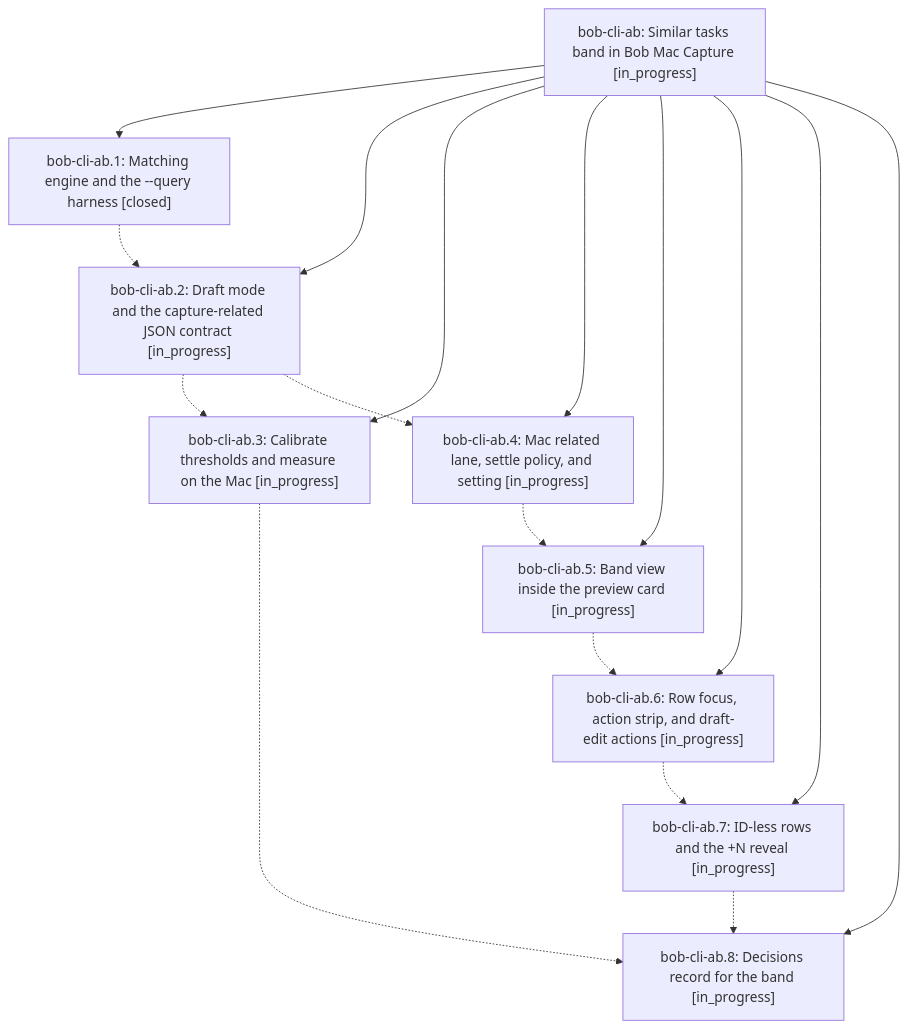
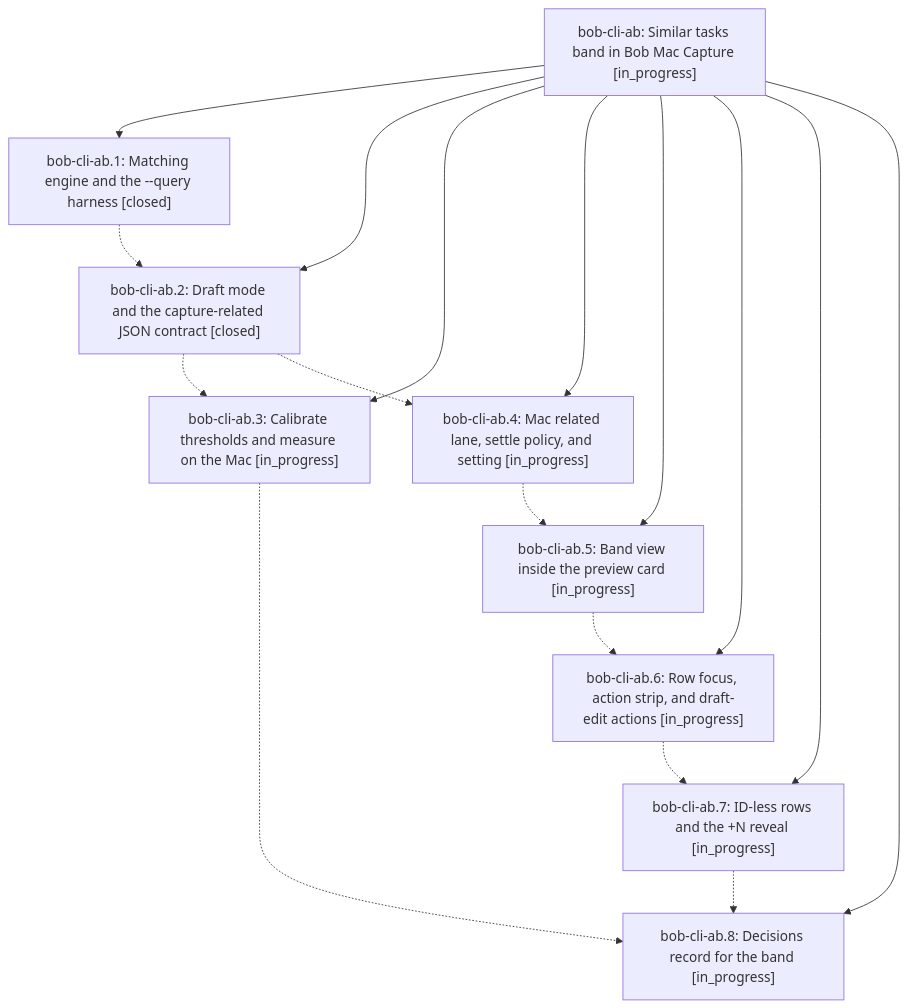
Before and after one commit to bobs-org/bob-cli--beads: the diagram in pages/bob-cli-ab/README.md, drawn with Mermaid. The commit also changed other lines of this file and 4 other files, not shown here.

First line of the commit message:
chore(beads): sync bead state and pages for bob-cli-ab

````diff
--- a/pages/bob-cli-ab/README.md
+++ b/pages/bob-cli-ab/README.md
@@ -41,28 +43,28 @@
 ```mermaid
 flowchart TD
     n0["bob-cli-ab: Similar tasks band in Bob Mac Capture [in_progress]"]
     n1["bob-cli-ab.1: Matching engine and the --query harness [closed]"]
-    n2["bob-cli-ab.2: Draft mode and the capture-related JSON contract [in_progress]"]
+    n2["bob-cli-ab.2: Draft mode and the capture-related JSON contract [closed]"]
     n3["bob-cli-ab.3: Calibrate thresholds and measure on the Mac [in_progress]"]
     n4["bob-cli-ab.4: Mac related lane, settle policy, and setting [in_progress]"]
     n5["bob-cli-ab.5: Band view inside the preview card [in_progress]"]
     n6["bob-cli-ab.6: Row focus, action strip, and draft-edit actions [in_progress]"]
     n7["bob-cli-ab.7: ID-less rows and the +N reveal [in_progress]"]
     n8["bob-cli-ab.8: Decisions record for the band [in_progress]"]
     n0 --> n1
     n0 --> n2
     n0 --> n3
     n0 --> n4
     n0 --> n5
     n0 --> n6
     n0 --> n7
     n0 --> n8
     n1 -.-> n2
     n2 -.-> n3
     n2 -.-> n4
     n3 -.-> n8
     n4 -.-> n5
     n5 -.-> n6
     n6 -.-> n7
     n7 -.-> n8
 ```
````
